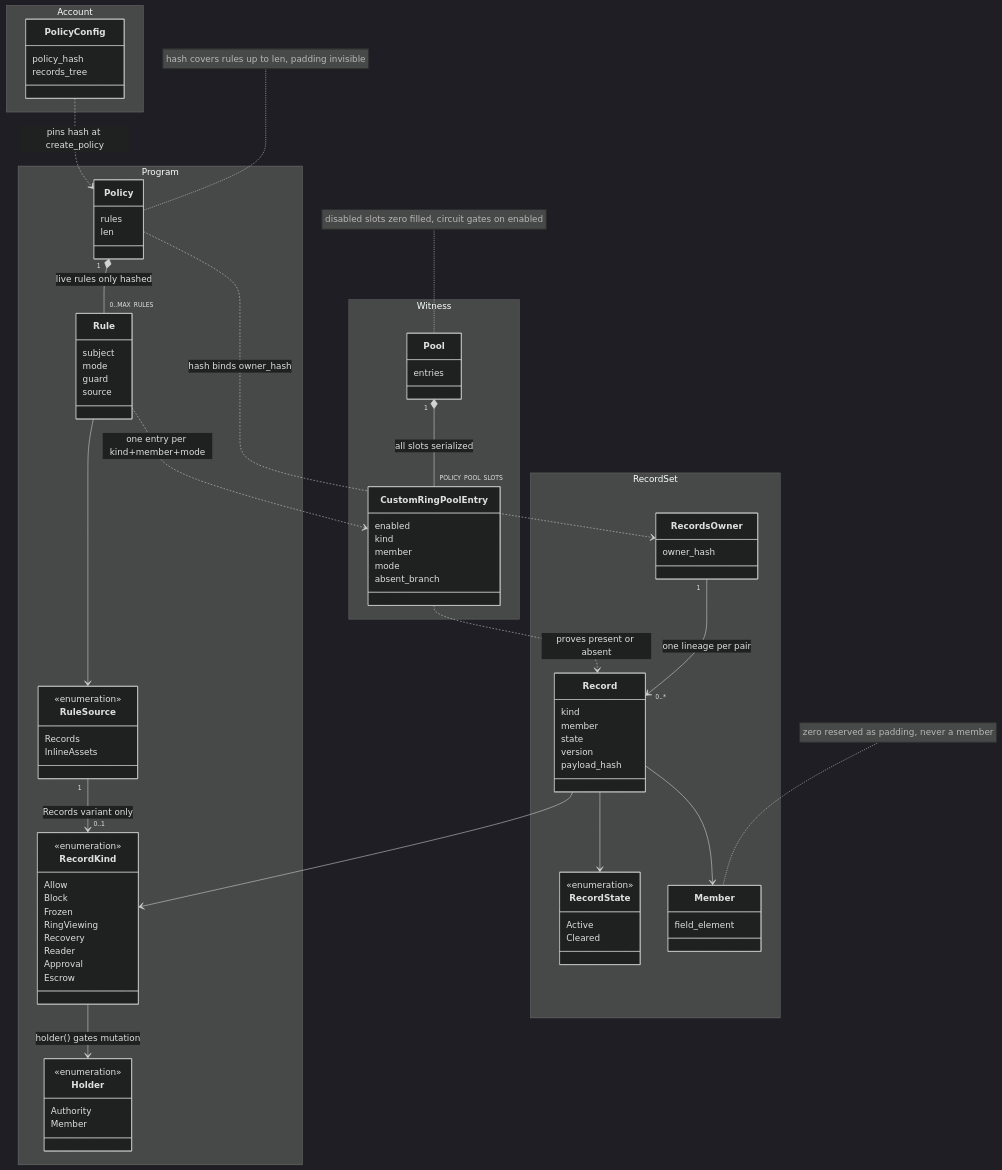
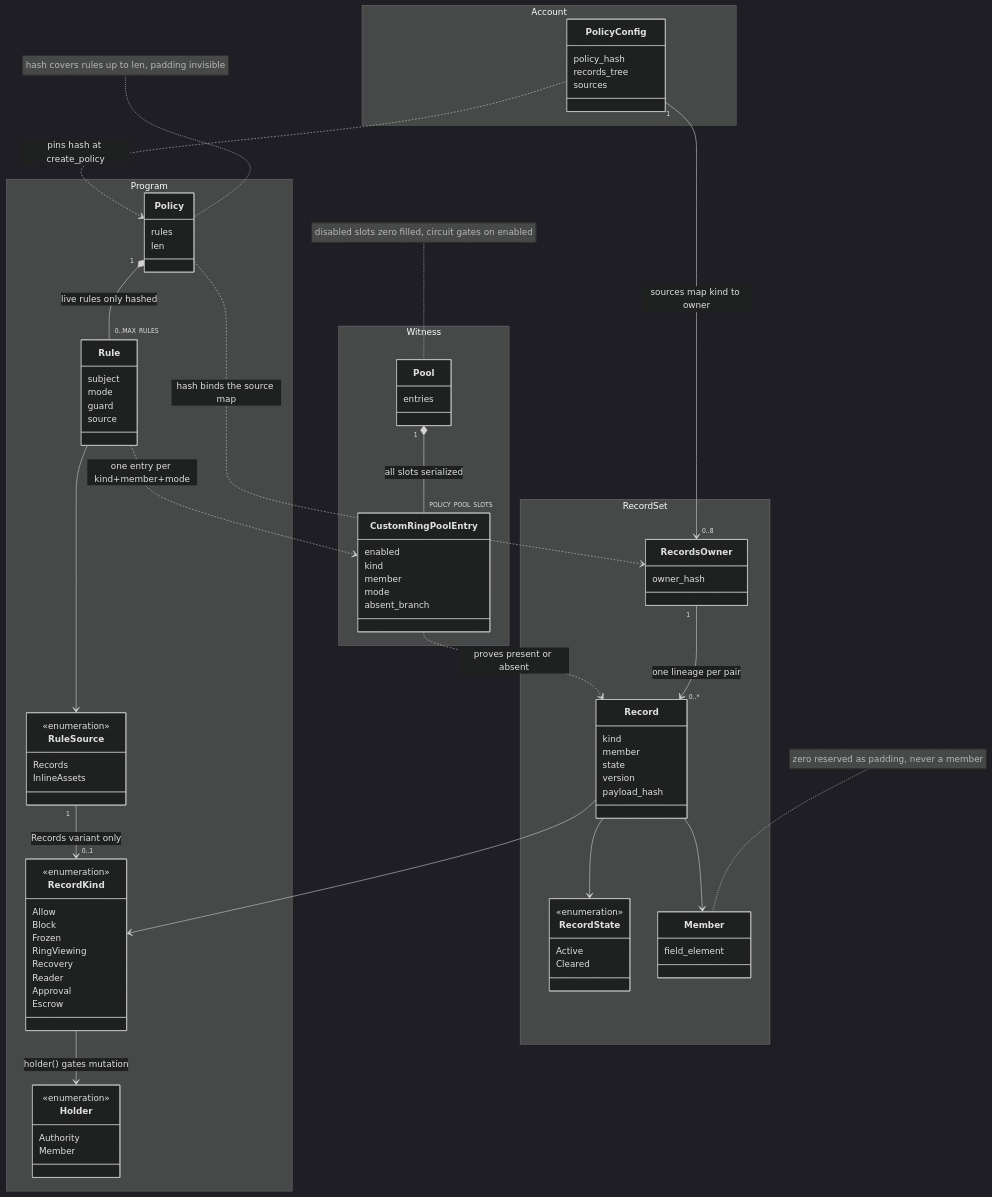
One commit to helius-labs/zolana changed the diagram in docs/diagrams/ring-policy-classes.mmd. Above: the diagram before and after it, drawn with Mermaid (dark theme). The commit also changed 1 other file, not shown here.

Commit message:
docs: describe policy sources and curated lists

```diff
--- a/docs/diagrams/ring-policy-classes.mmd
+++ b/docs/diagrams/ring-policy-classes.mmd
@@ -1,92 +1,94 @@
 classDiagram
     direction TB
 
     namespace Account {
         class PolicyConfig {
             policy_hash
             records_tree
+            sources
         }
     }
     namespace Program {
         class Policy {
             rules
             len
         }
         class Rule {
             subject
             mode
             guard
             source
         }
         class RuleSource {
             <<enumeration>>
             Records
             InlineAssets
         }
         class RecordKind {
             <<enumeration>>
             Allow
             Block
             Frozen
             RingViewing
             Recovery
             Reader
             Approval
             Escrow
         }
         class Holder {
             <<enumeration>>
             Authority
             Member
         }
     }
     namespace RecordSet {
         class RecordsOwner {
             owner_hash
         }
         class Record {
             kind
             member
             state
             version
             payload_hash
         }
         class RecordState {
             <<enumeration>>
             Active
             Cleared
         }
         class Member {
             field_element
         }
     }
     namespace Witness {
         class Pool {
             entries
         }
         class CustomRingPoolEntry {
             enabled
             kind
             member
             mode
             absent_branch
         }
     }
 
     PolicyConfig ..> Policy : pins hash at create_policy
-    Policy ..> RecordsOwner : hash binds owner_hash
+    PolicyConfig "1" --> "0..8" RecordsOwner : sources map kind to owner
+    Policy ..> RecordsOwner : hash binds the source map
     Policy "1" *-- "0..MAX_RULES" Rule : live rules only hashed
     Rule --> RuleSource
     RuleSource "1" --> "0..1" RecordKind : Records variant only
     RecordKind --> Holder : holder() gates mutation
     Record --> RecordKind
     Record --> Member
     Record --> RecordState
     RecordsOwner "1" --> "0..*" Record : one lineage per pair
     Pool "1" *-- "POLICY_POOL_SLOTS" CustomRingPoolEntry : all slots serialized
     Rule ..> CustomRingPoolEntry : one entry per kind+member+mode
     CustomRingPoolEntry ..> Record : proves present or absent
 
     note for Policy "hash covers rules up to len, padding invisible"
     note for Pool "disabled slots zero filled, circuit gates on enabled"
     note for Member "zero reserved as padding, never a member"
```
